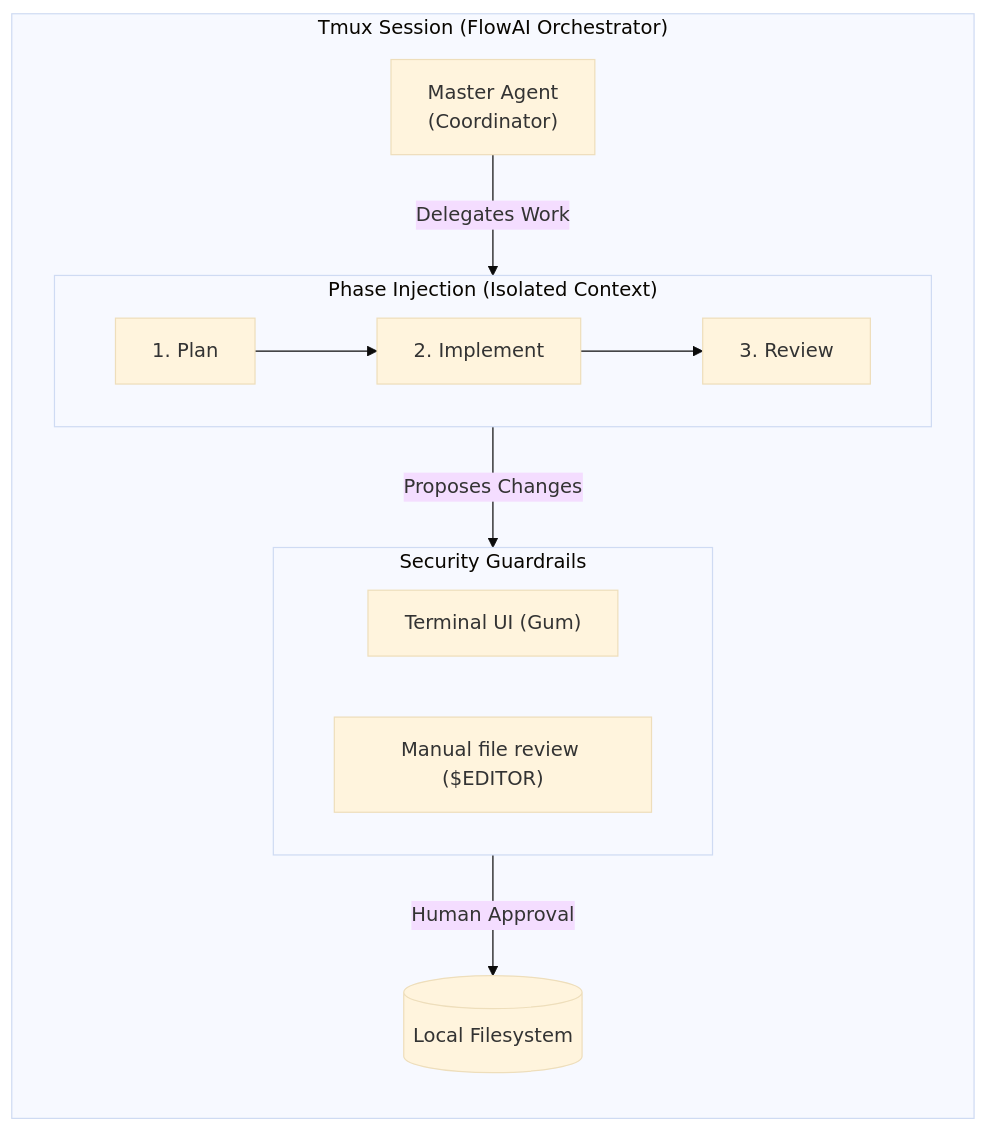
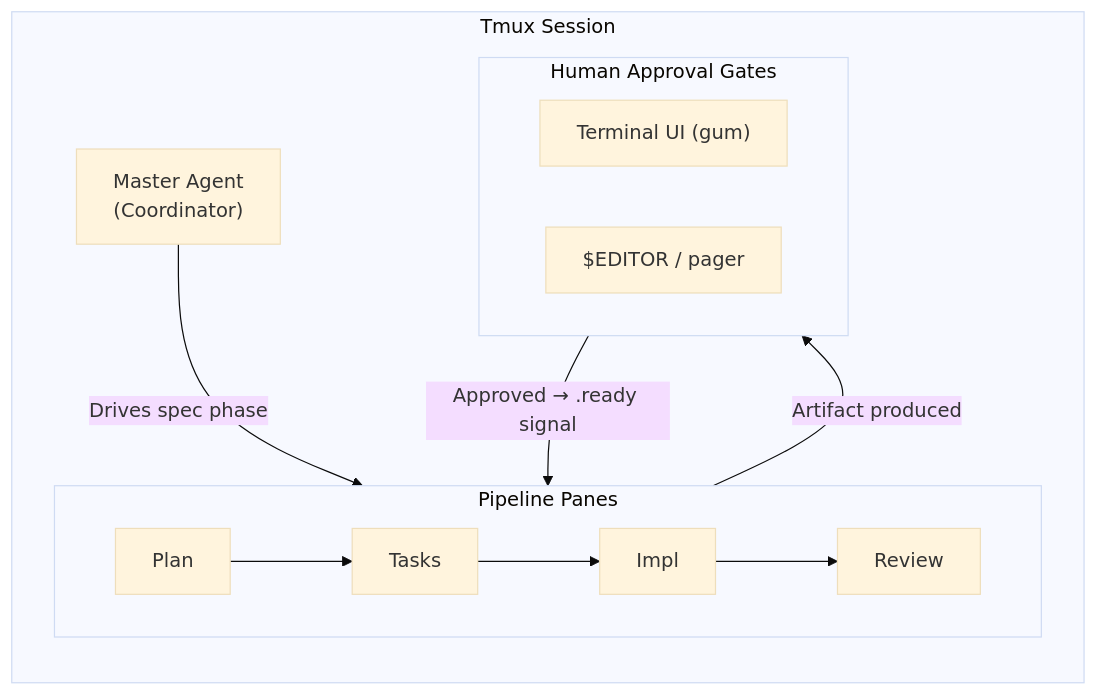
Before and after one commit to weprodev/FlowAI: the second of 2 diagrams in docs/ARCHITECTURE.md, drawn with Mermaid (base theme). The commit also changed other lines of this file and 35 other files, not shown here.

````diff
--- a/docs/ARCHITECTURE.md
+++ b/docs/ARCHITECTURE.md
@@ -9,22 +16,22 @@
 ```mermaid
 flowchart TD
-    subgraph FlowAITerminal["Tmux Session (FlowAI Orchestrator)"]
+    subgraph Session["Tmux Session"]
         direction TB
-        Master["Master Agent<br/>(Coordinator)"]
-        
-        subgraph Phases["Phase Injection (Isolated Context)"]
+        Master["Master Agent\n(Coordinator)"]
+
+        subgraph Phases["Pipeline Panes"]
             direction LR
-            Plan["1. Plan"] --> Impl["2. Implement"] --> Verify["3. Review"]
+            Plan --> Tasks --> Impl --> Review
         end
 
-        Master -->|"Delegates Work"| Phases
-        
-        subgraph Guardrails["Security Guardrails"]
-            Gum["Terminal UI (Gum)"]
-            Editor["Manual file review ($EDITOR)"]
+        Master -->|"Drives spec phase"| Phases
+
+        subgraph Gates["Human Approval Gates"]
+            Gum["Terminal UI (gum)"]
+            Editor["$EDITOR / pager"]
         end
-        
-        Phases -->|"Proposes Changes"| Guardrails
-        Guardrails -->|"Human Approval"| Files[(Local Filesystem)]
+
+        Phases -->|"Artifact produced"| Gates
+        Gates -->|"Approved → .ready signal"| Phases
     end
 ```
````
